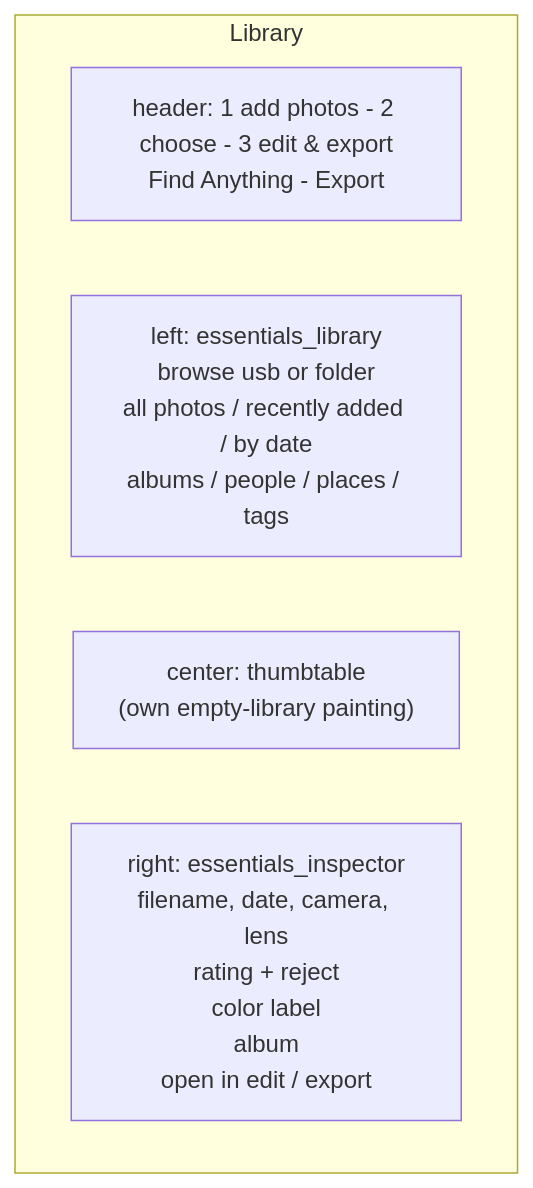
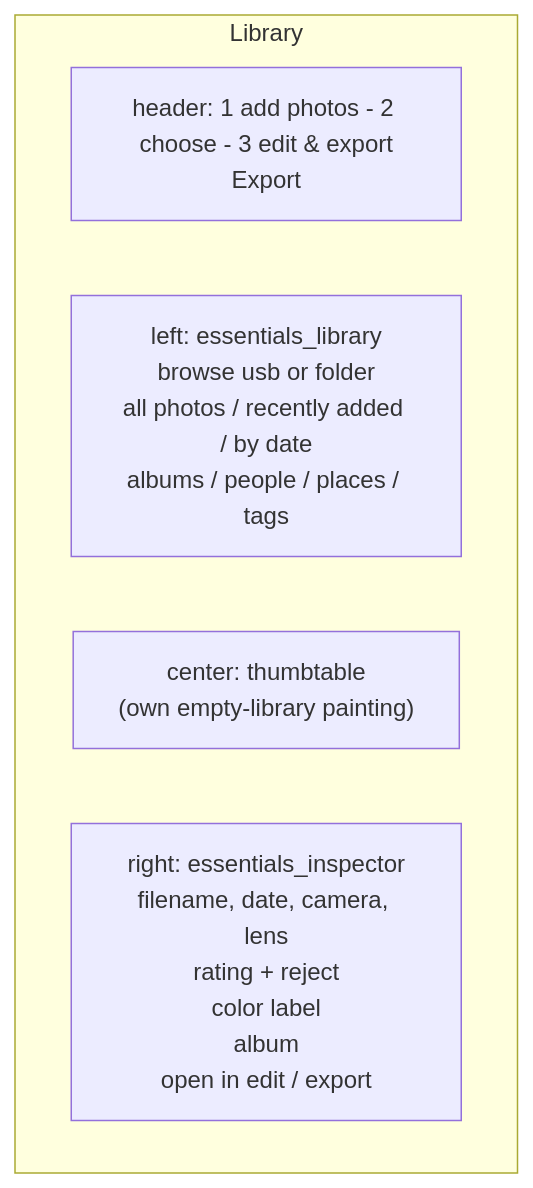
The fourth of 9 diagrams in dev-doc/Essentials_UI_Architecture.md (Issuenate/darktable), drawn with Mermaid before and after one commit. The commit also changed other lines of this file, not shown here.

````diff
--- a/dev-doc/Essentials_UI_Architecture.md
+++ b/dev-doc/Essentials_UI_Architecture.md
@@ -171,10 +174,10 @@
 ```mermaid
 flowchart LR
     subgraph LIB["Library"]
         direction LR
-        LH["header: 1 add photos - 2 choose - 3 edit & export<br/>Find Anything - Export"]
+        LH["header: 1 add photos - 2 choose - 3 edit & export<br/>Export"]
         LL["left: essentials_library<br/>browse usb or folder<br/>all photos / recently added / by date<br/>albums / people / places / tags"]
         LC["center: thumbtable<br/>(own empty-library painting)"]
         LR2["right: essentials_inspector<br/>filename, date, camera, lens<br/>rating + reject<br/>color label<br/>album<br/>open in edit / export"]
     end
 ```
````
